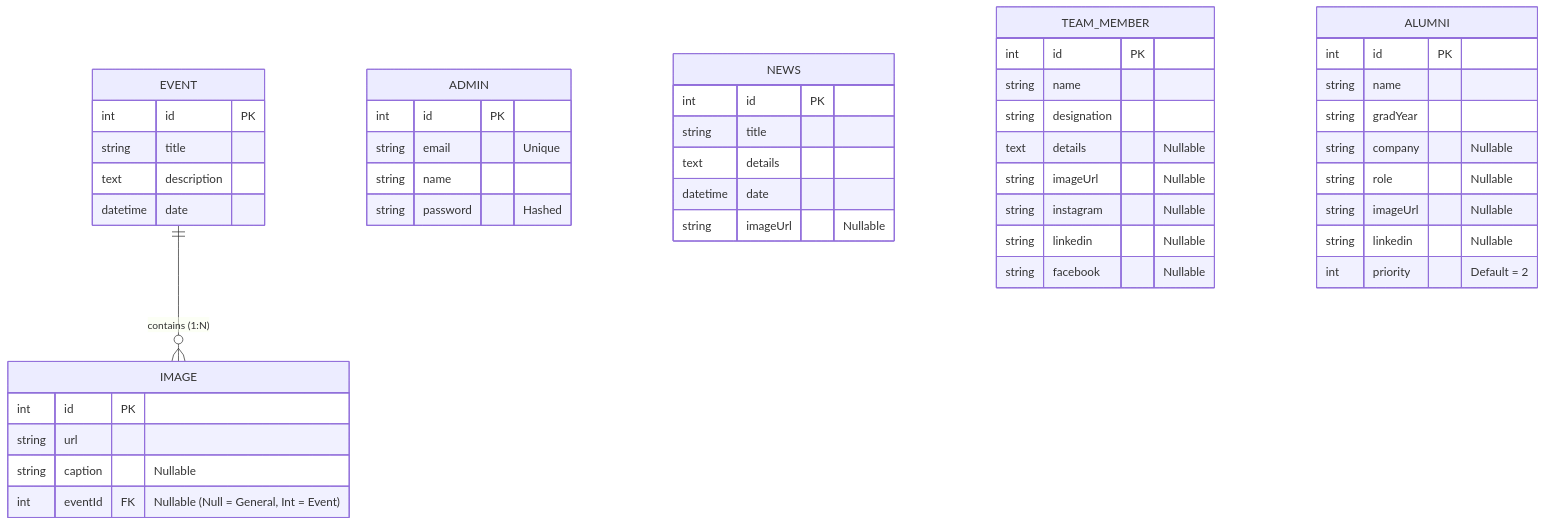
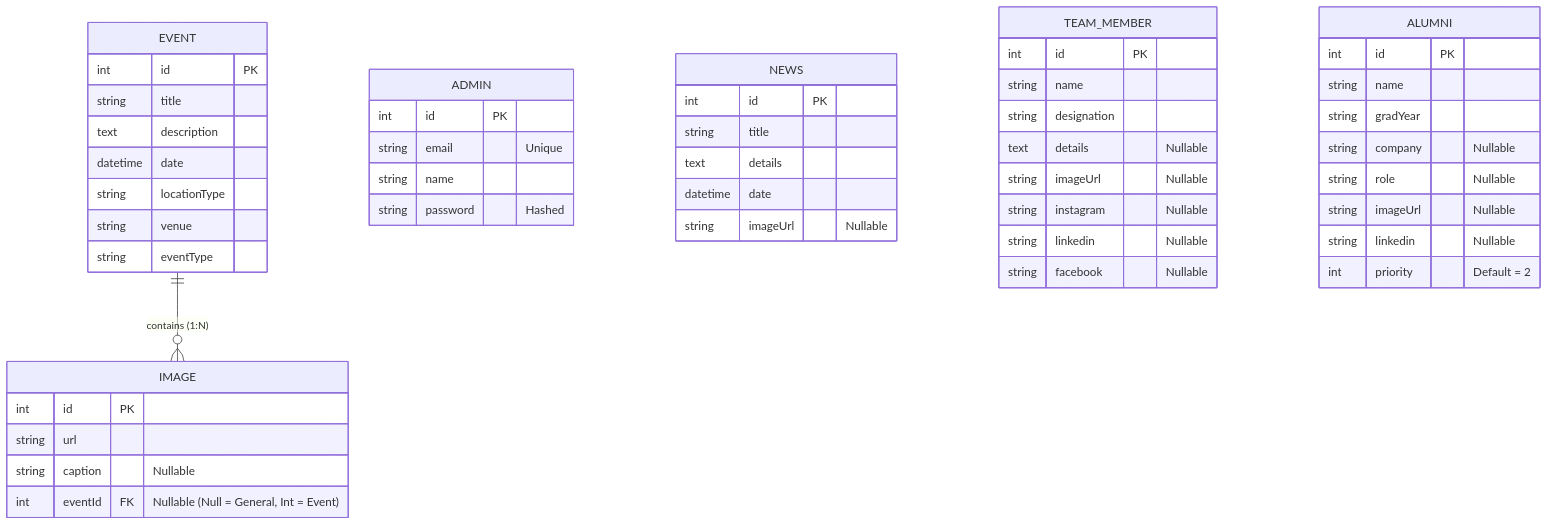
One commit to Abubakkar-Khan/css_iiui changed the diagram in README.md. Above: the diagram before and after it, drawn with Mermaid. The commit also changed 31 other files, not shown here.

````diff
--- a/README.md
+++ b/README.md
@@ -30,55 +30,58 @@
 ```mermaid
 erDiagram
     EVENT ||--o{ IMAGE : "contains (1:N)"
     
     ADMIN {
         int id PK
         string email "Unique"
         string name
         string password "Hashed"
     }
 
     EVENT {
         int id PK
         string title
         text description
         datetime date
+        string locationType
+        string venue
+        string eventType
     }
 
     IMAGE {
         int id PK
         string url
         string caption "Nullable"
         int eventId FK "Nullable (Null = General, Int = Event)"
     }
 
     NEWS {
         int id PK
         string title
         text details
         datetime date
         string imageUrl "Nullable"
     }
 
     TEAM_MEMBER {
         int id PK
         string name
         string designation
         text details "Nullable"
         string imageUrl "Nullable"
         string instagram "Nullable"
         string linkedin "Nullable"
         string facebook "Nullable"
     }
 
     ALUMNI {
         int id PK
         string name
         string gradYear
         string company "Nullable"
         string role "Nullable"
         string imageUrl "Nullable"
         string linkedin "Nullable"
         int priority "Default = 2"
     }
 ```
````
